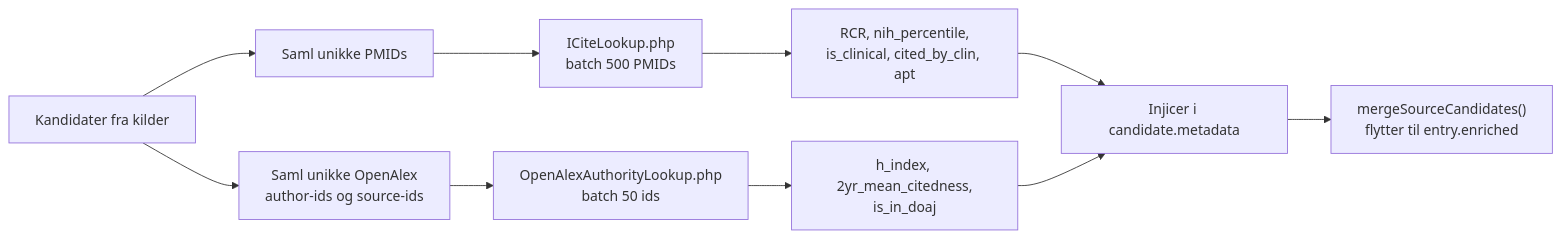
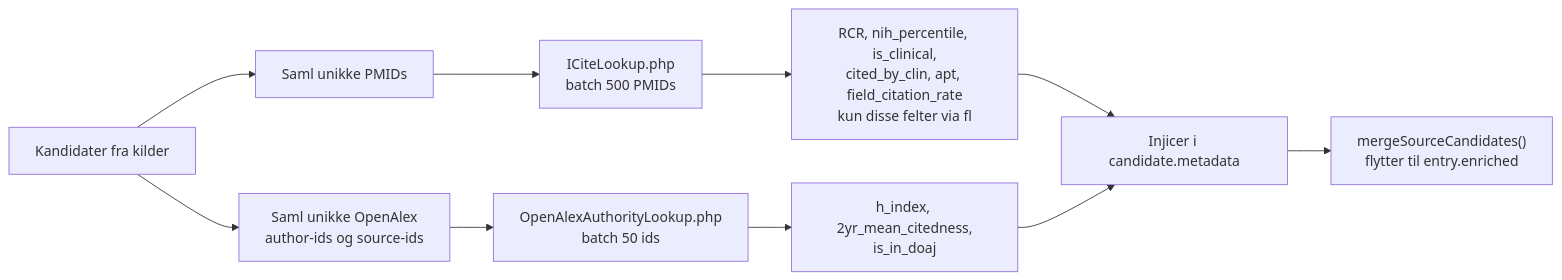
Before and after one commit to danishdiabetesknowledgecenter/QuickPubMed: the fifth of 7 diagrams in backend/docs/search-flow-diagram.md, drawn with Mermaid. The commit also changed other lines of this file and 39 other files, not shown here.

````diff
--- a/backend/docs/search-flow-diagram.md
+++ b/backend/docs/search-flow-diagram.md
@@ -138,12 +138,12 @@
 ```mermaid
 flowchart LR
   A["Kandidater fra kilder"] --> B1["Saml unikke PMIDs"]
   A --> B2["Saml unikke OpenAlex<br/>author-ids og source-ids"]
   B1 --> C1["ICiteLookup.php<br/>batch 500 PMIDs"]
   B2 --> C2["OpenAlexAuthorityLookup.php<br/>batch 50 ids"]
-  C1 --> D1["RCR, nih_percentile,<br/>is_clinical, cited_by_clin, apt"]
+  C1 --> D1["RCR, nih_percentile, is_clinical,<br/>cited_by_clin, apt, field_citation_rate<br/>kun disse felter via fl"]
   C2 --> D2["h_index, 2yr_mean_citedness,<br/>is_in_doaj"]
   D1 --> E["Injicer i candidate.metadata"]
   D2 --> E
   E --> F["mergeSourceCandidates()<br/>flytter til entry.enriched"]
 ```
````
